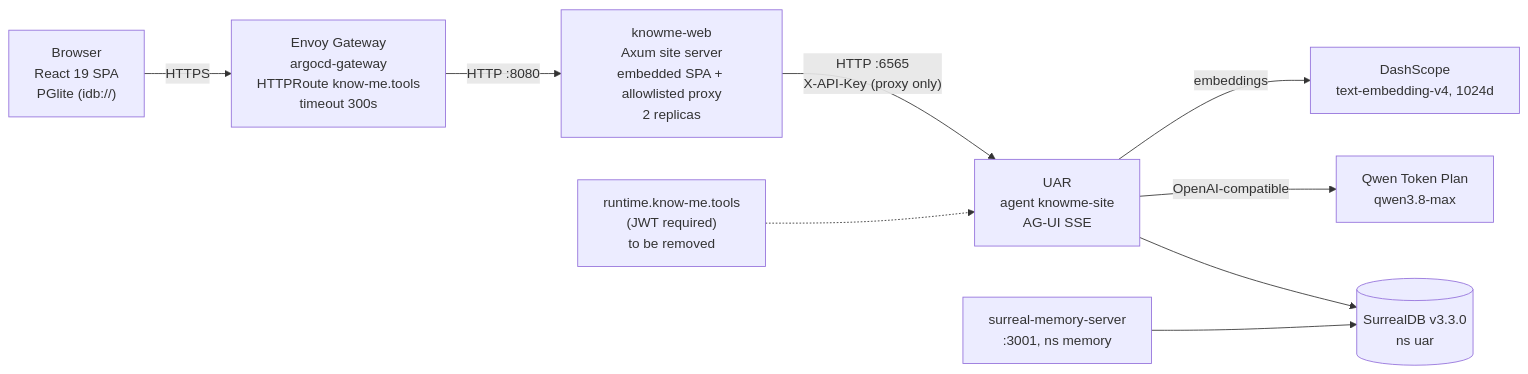
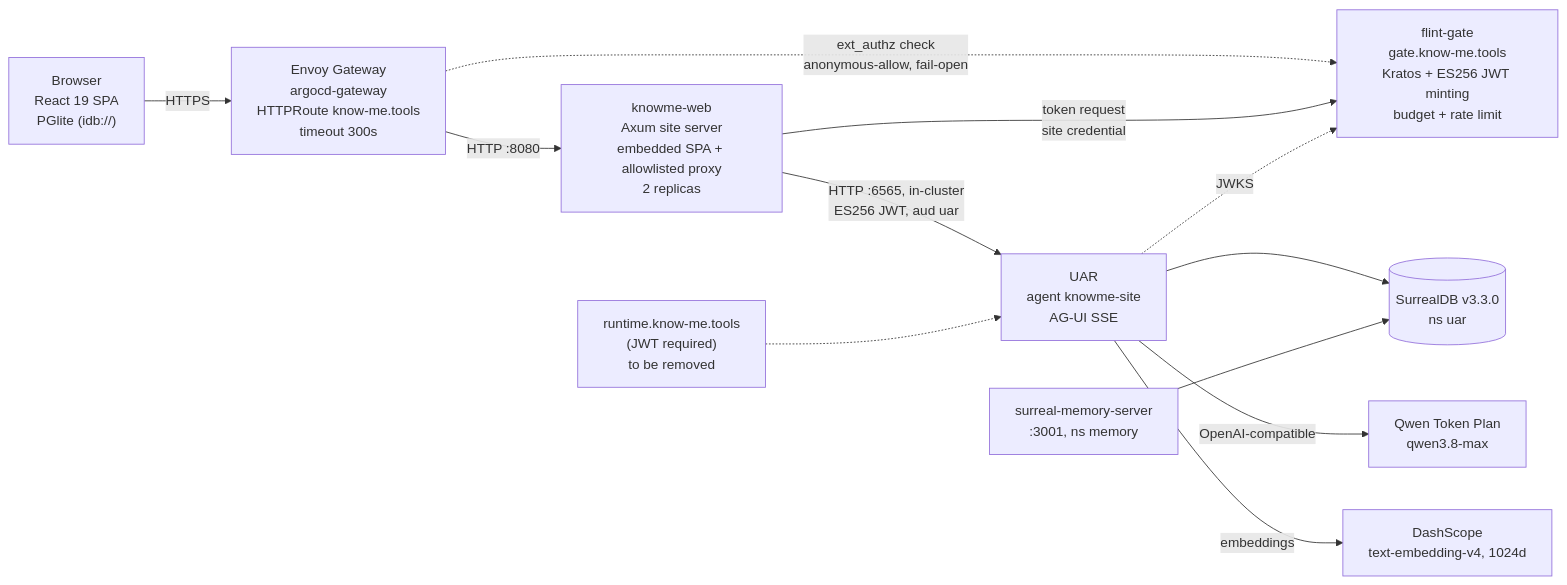
One commit to Know-Me-Tools/charcoal-agent changed the diagram in docs/agent-led-site/agent-led-site.md. Above: the diagram before and after it, drawn with Mermaid. The commit also changed other lines of this file and 6 other files, not shown here.

First line of the commit message:
docs: final agent-led site paper with the ext_authz gate design

````diff
--- a/docs/agent-led-site/agent-led-site.md
+++ b/docs/agent-led-site/agent-led-site.md
@@ -380,11 +403,14 @@
 ```mermaid
 flowchart LR
   B["Browser<br/>React 19 SPA<br/>PGlite (idb://)"] -->|HTTPS| G["Envoy Gateway<br/>argocd-gateway<br/>HTTPRoute know-me.tools<br/>timeout 300s"]
+  G -.->|"ext_authz check<br/>anonymous-allow, fail-open"| F["flint-gate<br/>gate.know-me.tools<br/>Kratos + ES256 JWT minting<br/>budget + rate limit"]
   G -->|HTTP :8080| W["knowme-web<br/>Axum site server<br/>embedded SPA + allowlisted proxy<br/>2 replicas"]
-  W -->|"HTTP :6565<br/>X-API-Key (proxy only)"| U["UAR<br/>agent knowme-site<br/>AG-UI SSE"]
+  W -->|"token request<br/>site credential"| F
+  W -->|"HTTP :6565, in-cluster<br/>ES256 JWT, aud uar"| U["UAR<br/>agent knowme-site<br/>AG-UI SSE"]
+  U -.->|"JWKS"| F
   U --> S[("SurrealDB v3.3.0<br/>ns uar")]
   M["surreal-memory-server<br/>:3001, ns memory"] --> S
   U -->|"OpenAI-compatible"| Q["Qwen Token Plan<br/>qwen3.8-max"]
   U -->|"embeddings"| D["DashScope<br/>text-embedding-v4, 1024d"]
   R["runtime.know-me.tools<br/>(JWT required)<br/>to be removed"] -.-> U
 ```
````
